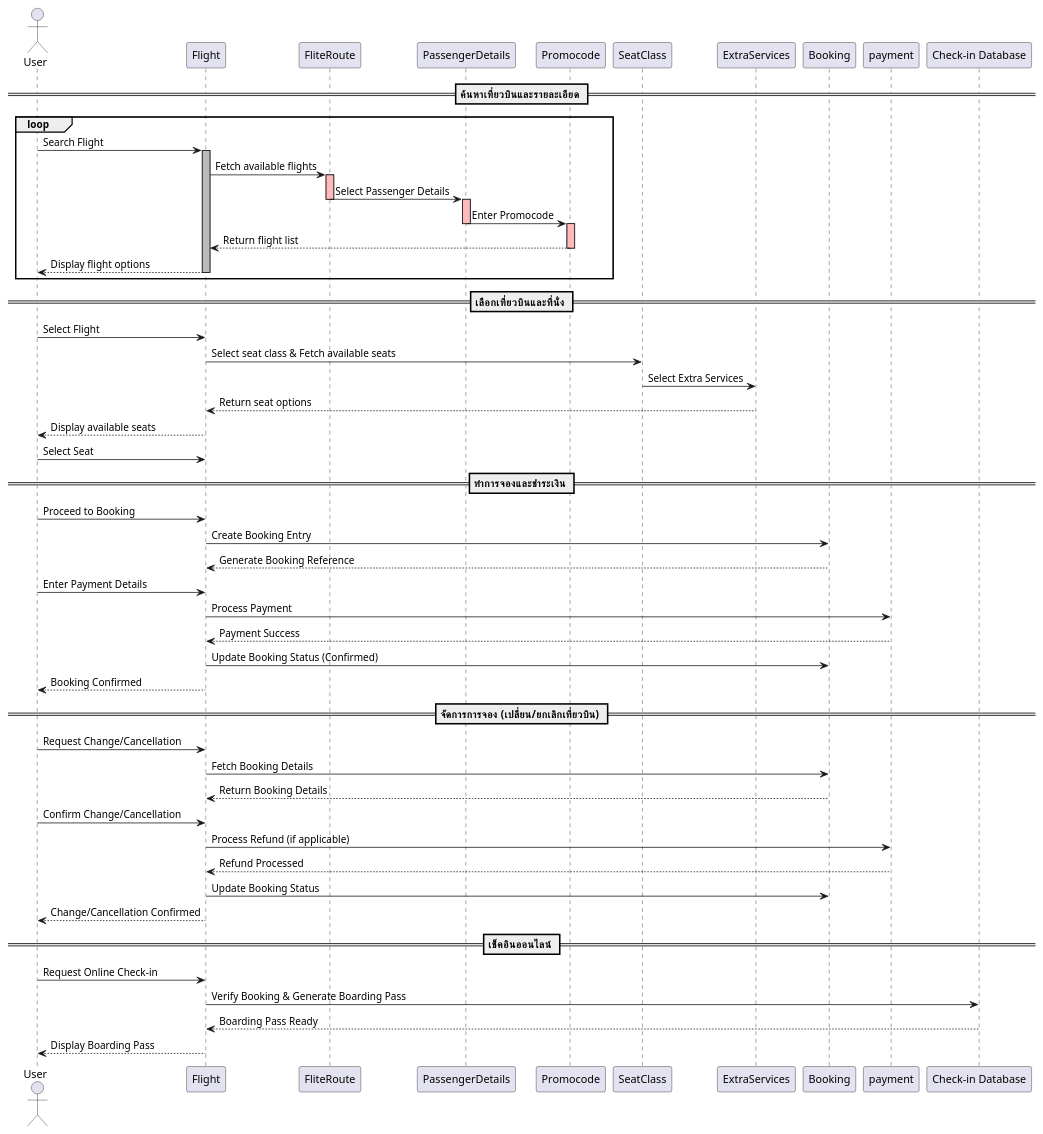
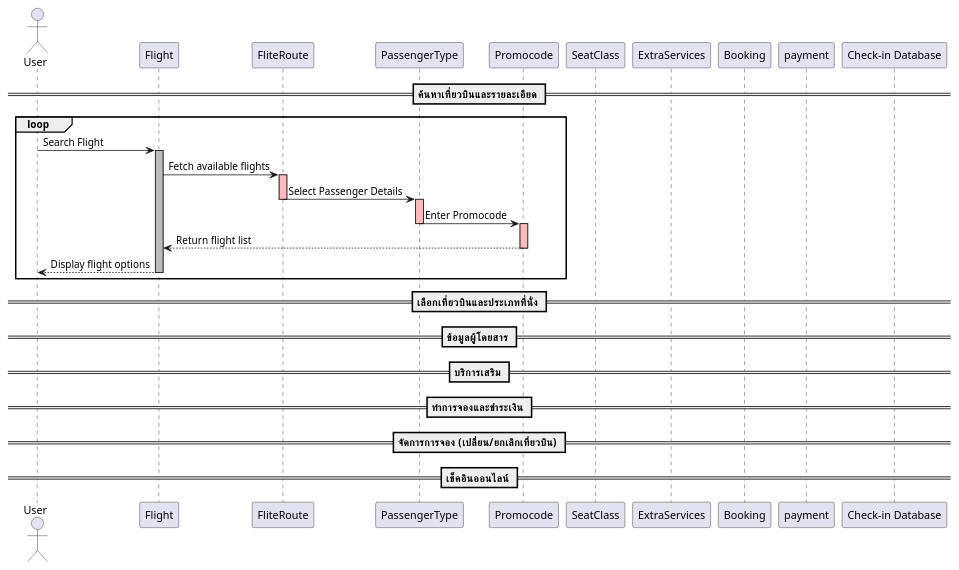
The diagram in sequenceDiagram.plantuml (Nonnnchun/OOP_project), drawn with PlantUML before and after one commit.

```diff
--- a/sequenceDiagram.plantuml
+++ b/sequenceDiagram.plantuml
@@ -1,66 +1,50 @@
 @startuml
 
 actor "User" as user
 participant Flight
 participant FliteRoute
-participant PassengerDetails
+participant PassengerType
 participant Promocode
 participant SeatClass
 participant ExtraServices
 participant Booking
 participant payment
 participant "Check-in Database" as checkinDB
 
 == ค้นหาเที่ยวบินและรายละเอียด ==
 loop 
    user -> Flight: Search Flight
    activate Flight #BBBBBB
    Flight -> FliteRoute: Fetch available flights
    activate FliteRoute #FFBBBB
-   FliteRoute ->PassengerDetails: Select Passenger Details
+   FliteRoute ->PassengerType: Select Passenger Details
    deactivate FliteRoute 
-   activate PassengerDetails #FFBBBB
-   PassengerDetails -> Promocode : Enter Promocode
-   deactivate PassengerDetails
+   activate PassengerType #FFBBBB
+   PassengerType -> Promocode : Enter Promocode
+   deactivate PassengerType
    activate Promocode #FFBBBB
    Promocode --> Flight: Return flight list
    deactivate Promocode
    Flight --> user: Display flight options
    deactivate Flight
 end
 
-== เลือกเที่ยวบินและที่นั่ง ==
-user -> Flight: Select Flight
-Flight -> SeatClass: Select seat class & Fetch available seats 
-SeatClass -> ExtraServices : Select Extra Services
-ExtraServices --> Flight: Return seat options
-Flight --> user: Display available seats
-user -> Flight: Select Seat
+== เลือกเที่ยวบินและประเภทที่นั่ง ==
+
+
+== ข้อมูลผู้โดยสาร ==
+
+
+== บริการเสริม ==
+
 
 == ทำการจองและชำระเงิน ==
-user -> Flight: Proceed to Booking
-Flight -> Booking: Create Booking Entry
-Booking --> Flight: Generate Booking Reference
-user -> Flight: Enter Payment Details
-Flight -> payment: Process Payment
-payment --> Flight: Payment Success
-Flight -> Booking: Update Booking Status (Confirmed)
-Flight --> user: Booking Confirmed
+
 
 == จัดการการจอง (เปลี่ยน/ยกเลิกเที่ยวบิน) ==
-user -> Flight: Request Change/Cancellation
-Flight -> Booking: Fetch Booking Details
-Booking --> Flight: Return Booking Details
-user -> Flight: Confirm Change/Cancellation
-Flight -> payment: Process Refund (if applicable)
-payment --> Flight: Refund Processed
-Flight -> Booking: Update Booking Status
-Flight --> user: Change/Cancellation Confirmed
+
 
 == เช็คอินออนไลน์ ==
-user -> Flight: Request Online Check-in
-Flight -> checkinDB: Verify Booking & Generate Boarding Pass
-checkinDB --> Flight: Boarding Pass Ready
-Flight --> user: Display Boarding Pass
+
 
 @enduml
```
